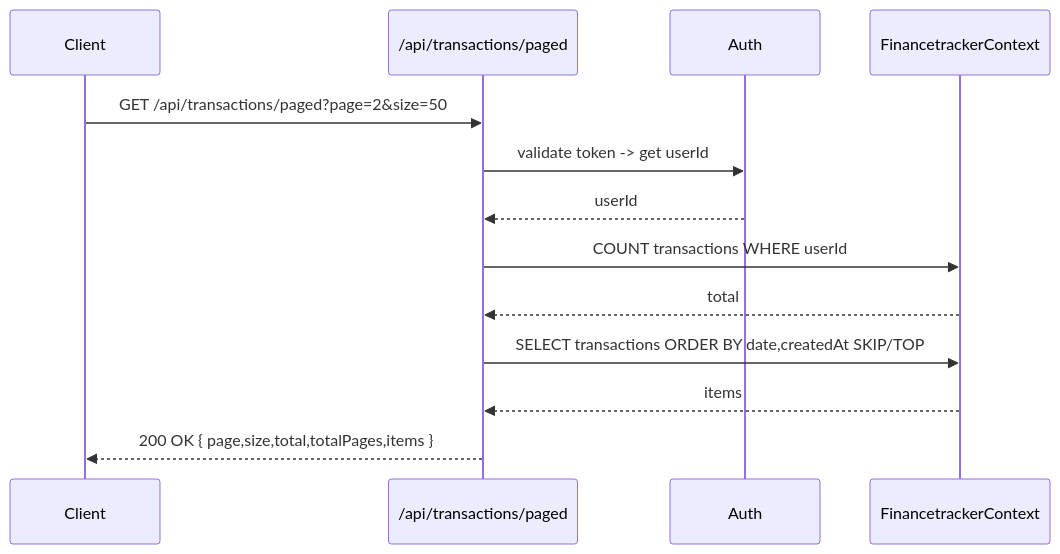
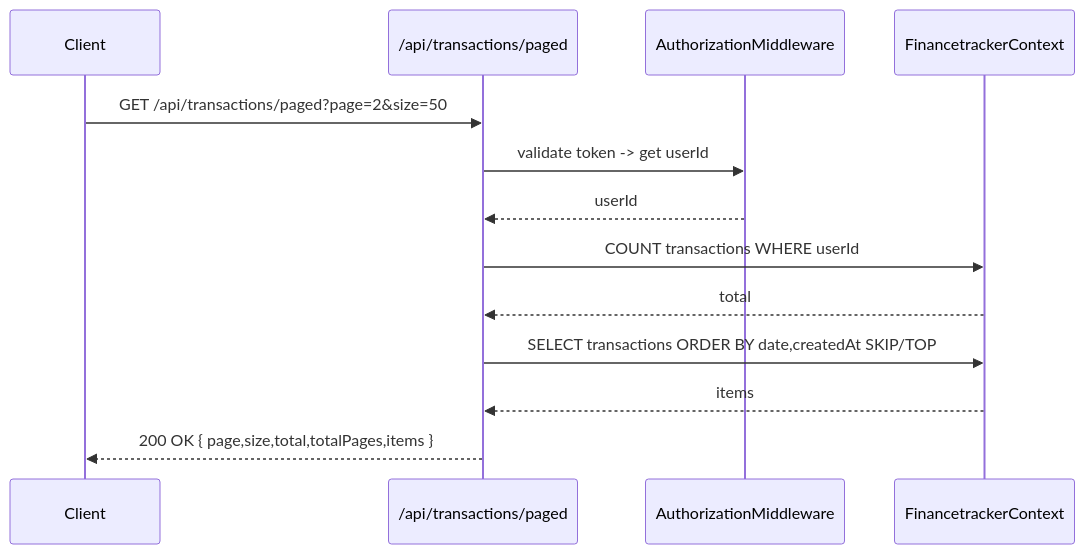
Before and after one commit to cimpa2004/financeTracker: the diagram in docs/sequence-diagrams/transactions/get-paged-transactions.md, drawn with Mermaid. The commit also changed 23 other files, not shown here.

Commit message:
diagram fix

````diff
--- a/docs/sequence-diagrams/transactions/get-paged-transactions.md
+++ b/docs/sequence-diagrams/transactions/get-paged-transactions.md
@@ -3,17 +3,17 @@
 ```mermaid
 sequenceDiagram
     participant Client
     participant API as /api/transactions/paged
-    participant Auth
+    participant Auth as AuthorizationMiddleware
     participant Db as FinancetrackerContext
 
     Client->>API: GET /api/transactions/paged?page=2&size=50
     API->>Auth: validate token -> get userId
     Auth-->>API: userId
     API->>Db: COUNT transactions WHERE userId
     Db-->>API: total
     API->>Db: SELECT transactions ORDER BY date,createdAt SKIP/TOP
     Db-->>API: items
     API-->>Client: 200 OK { page,size,total,totalPages,items }
 
 ```
````
